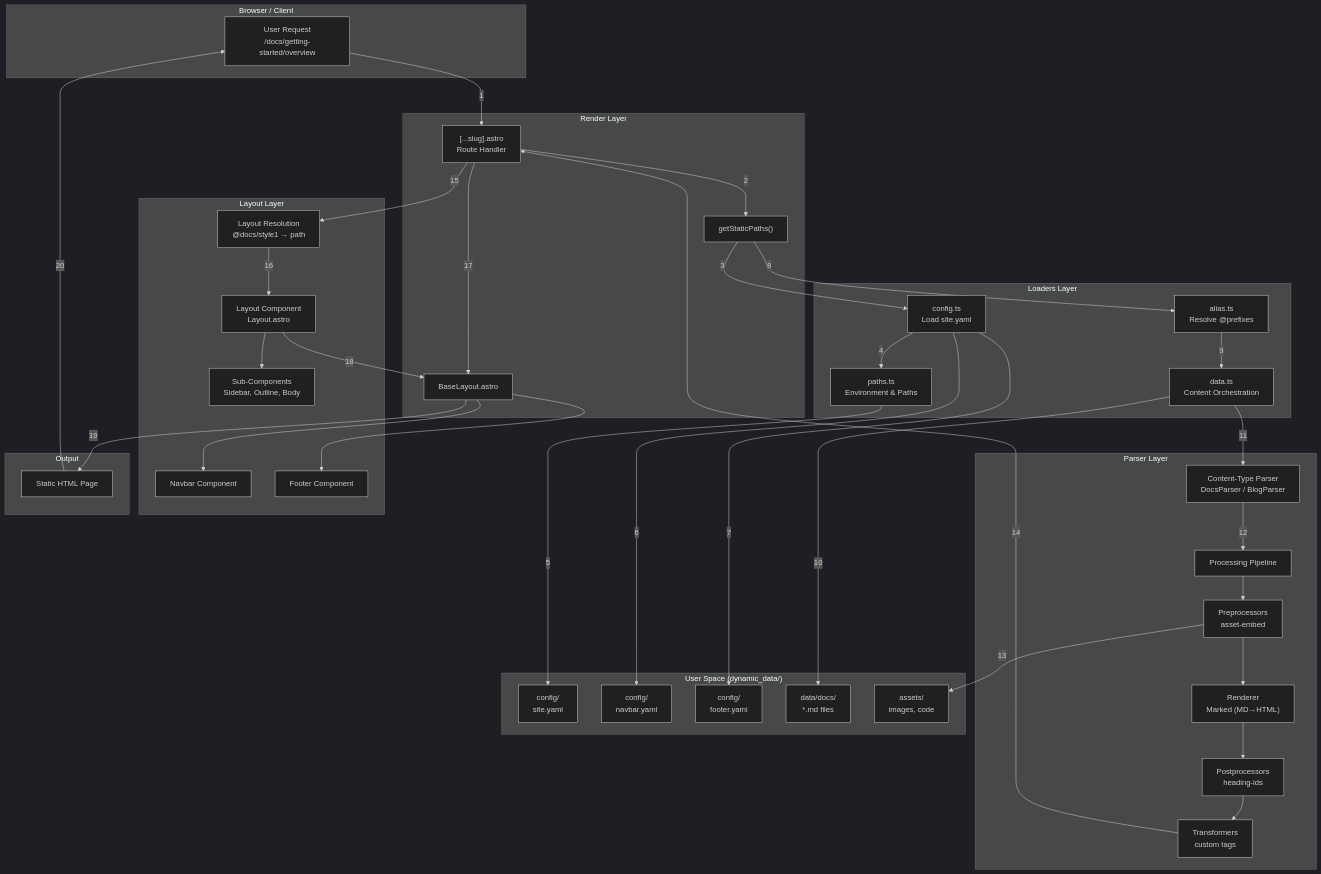
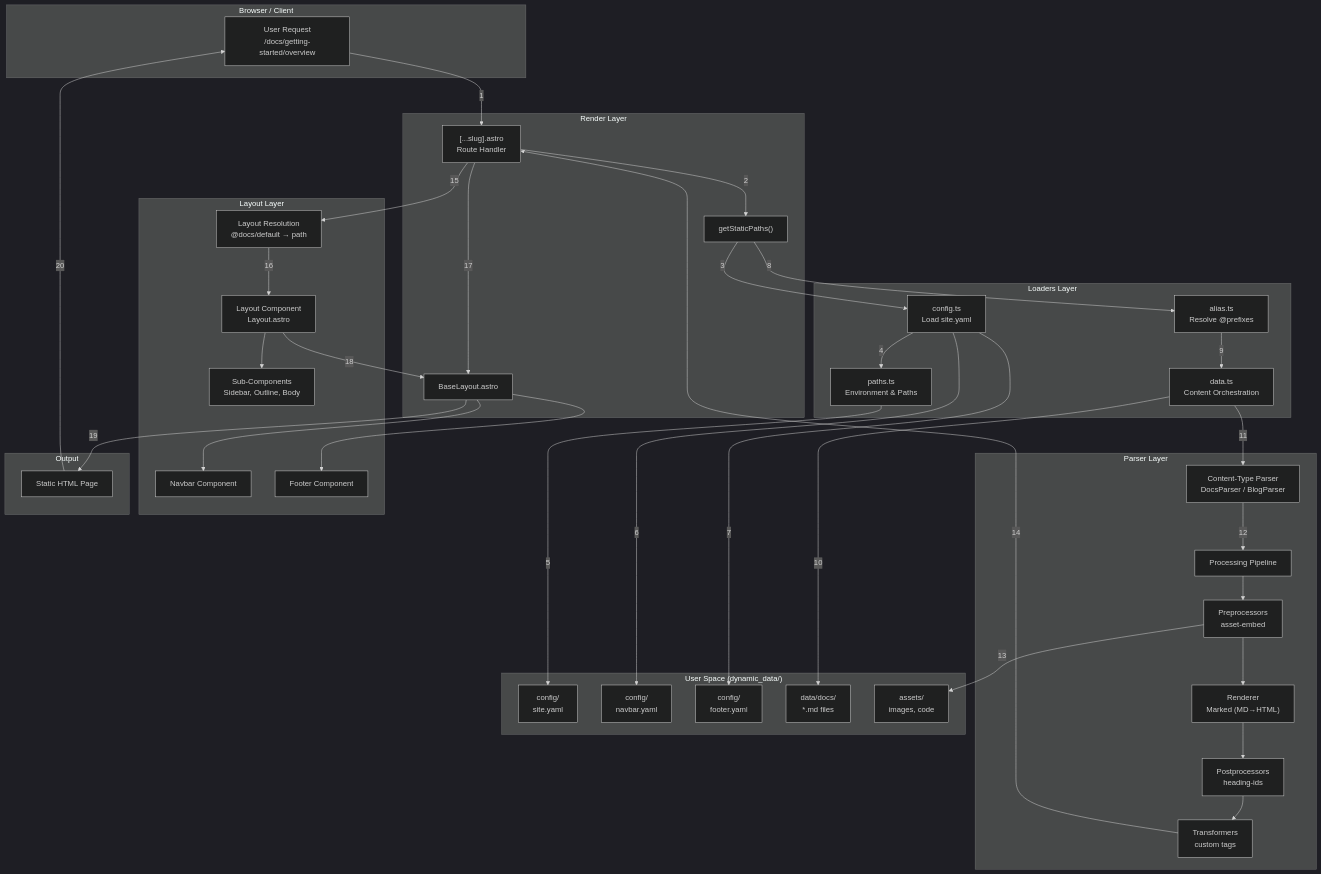
The diagram in dynamic_data/data/docs/docs/04_architecture/assets/request-flow.mermaid (sidhanthapoddar99/documentation-template), drawn with Mermaid (dark theme) before and after one commit. The commit also changed 50 other files, not shown here.

```diff
--- a/dynamic_data/data/docs/docs/04_architecture/assets/request-flow.mermaid
+++ b/dynamic_data/data/docs/docs/04_architecture/assets/request-flow.mermaid
@@ -1,75 +1,75 @@
 flowchart TB
     subgraph Browser["Browser / Client"]
         REQ["User Request<br/>/docs/getting-started/overview"]
     end
 
     subgraph RenderLayer["Render Layer"]
         SLUG["[...slug].astro<br/>Route Handler"]
         STATIC["getStaticPaths()"]
         BASE["BaseLayout.astro"]
     end
 
     subgraph LoadersLayer["Loaders Layer"]
         PATHS["paths.ts<br/>Environment & Paths"]
         CONFIG["config.ts<br/>Load site.yaml"]
         ALIAS["alias.ts<br/>Resolve @prefixes"]
         DATA["data.ts<br/>Content Orchestration"]
     end
 
     subgraph ParserLayer["Parser Layer"]
         PARSER["Content-Type Parser<br/>DocsParser / BlogParser"]
         PIPELINE["Processing Pipeline"]
         PRE["Preprocessors<br/>asset-embed"]
         RENDER["Renderer<br/>Marked (MD→HTML)"]
         POST["Postprocessors<br/>heading-ids"]
         TRANSFORM["Transformers<br/>custom tags"]
     end
 
     subgraph LayoutLayer["Layout Layer"]
-        RESOLVE["Layout Resolution<br/>@docs/style1 → path"]
+        RESOLVE["Layout Resolution<br/>@docs/default → path"]
         LAYOUT["Layout Component<br/>Layout.astro"]
         COMPONENTS["Sub-Components<br/>Sidebar, Outline, Body"]
         NAVBAR["Navbar Component"]
         FOOTER["Footer Component"]
     end
 
     subgraph UserSpace["User Space (dynamic_data/)"]
         SITE["config/<br/>site.yaml"]
         NAV["config/<br/>navbar.yaml"]
         FOOT["config/<br/>footer.yaml"]
         CONTENT["data/docs/<br/>*.md files"]
         ASSETS["assets/<br/>images, code"]
     end
 
     subgraph Output["Output"]
         HTML["Static HTML Page"]
     end
 
     %% Request Flow with numbered arrows
     REQ -->|"1"| SLUG
     SLUG -->|"2"| STATIC
     STATIC -->|"3"| CONFIG
     CONFIG -->|"4"| PATHS
     PATHS -->|"5"| SITE
     CONFIG -->|"6"| NAV
     CONFIG -->|"7"| FOOT
     STATIC -->|"8"| ALIAS
     ALIAS -->|"9"| DATA
     DATA -->|"10"| CONTENT
     DATA -->|"11"| PARSER
     PARSER -->|"12"| PIPELINE
     PIPELINE --> PRE
     PRE -->|"13"| ASSETS
     PRE --> RENDER
     RENDER --> POST
     POST --> TRANSFORM
     TRANSFORM -->|"14"| SLUG
     SLUG -->|"15"| RESOLVE
     RESOLVE -->|"16"| LAYOUT
     LAYOUT --> COMPONENTS
     SLUG -->|"17"| BASE
     BASE --> NAVBAR
     BASE --> FOOTER
     LAYOUT -->|"18"| BASE
     BASE -->|"19"| HTML
     HTML -->|"20"| REQ
```
